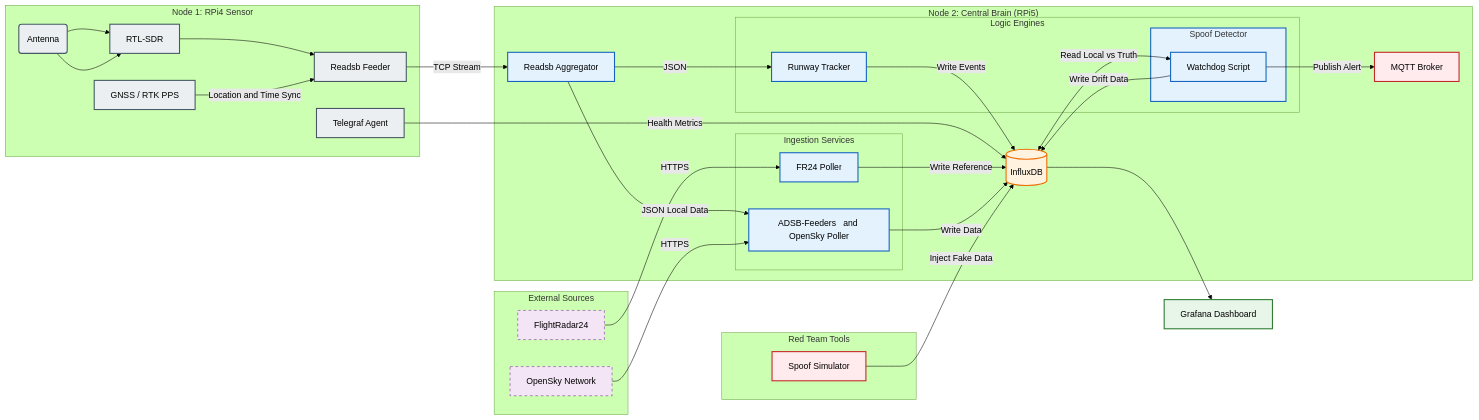
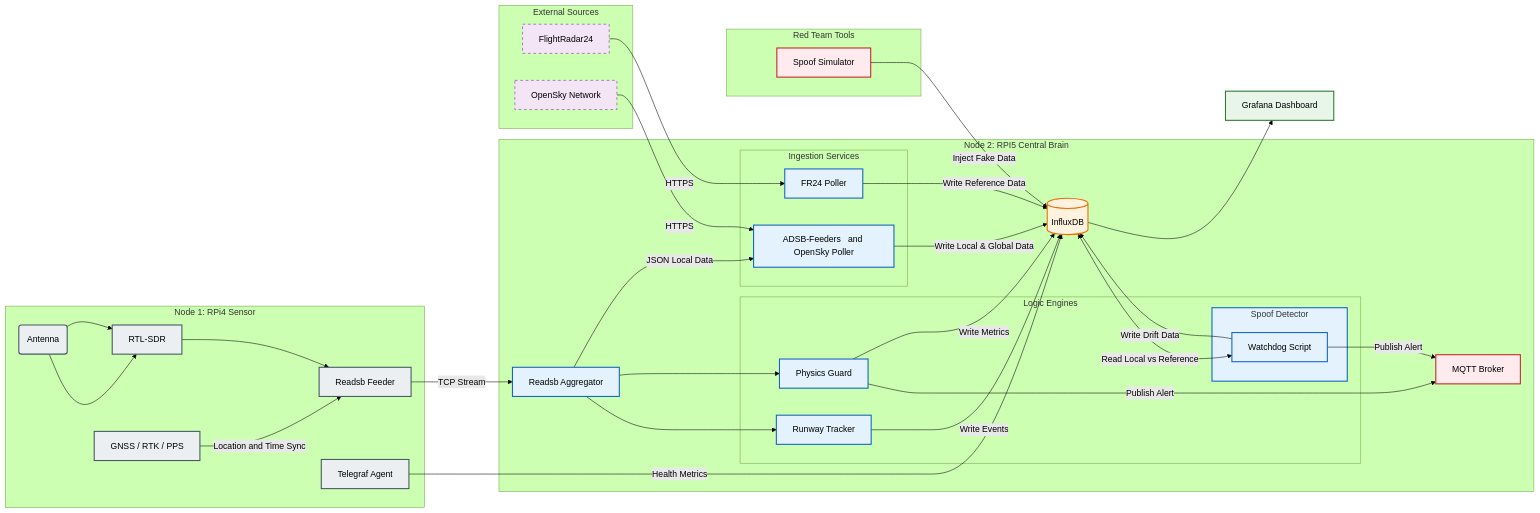
One commit to rwiren/central-brain changed the second of 2 diagrams in README.md. Above: the diagram before and after it, drawn with Mermaid (forest theme). The commit also changed other lines of this file, not shown here.

Commit message:
Update complex diagram and enhance README content
Updated diagram links and improved clarity in the README.

```diff
--- a/README.md
+++ b/README.md
@@ -124,19 +124,14 @@
 
     %% 1. SENSING LAYER (Remote Node)
     subgraph NODE1 ["Node 1: RPi4 Sensor"]
-        %% RF PATH
         ANT(Antenna) --> SDR[RTL-SDR]
         SDR --> FEEDER[Readsb Feeder]
-        
-        %% TIMING/LOCATION PATH
-        GPS[GNSS / RTK PPS] -->|Location and Time Sync| FEEDER
-        
-        %% MONITORING
+        GPS[GNSS / RTK / PPS] -->|Location and Time Sync| FEEDER
         TELE[Telegraf Agent]
     end
 
     %% 2. INTELLIGENCE LAYER (Central Brain)
-    subgraph NODE2 ["Node 2: Central Brain (RPi5)"]
+    subgraph NODE2 ["Node 2: RPI5 Central Brain"]
         AGG[Readsb Aggregator]
         
         %% Data Ingestion Services
@@ -151,6 +146,7 @@
         %% Logic Engines
         subgraph LOGIC [Logic Engines]
             RUNWAY[Runway Tracker]
+            PHYS[Physics Guard]
             
             subgraph SPOOF_CONT [Spoof Detector]
                 WD[Watchdog Script]
@@ -175,27 +171,33 @@
 
     %% CONNECTIONS ==============================
 
-    %% Hardware Flow (Left to Right)
+    %% Hardware Flow
     ANT:::hardware --> SDR:::hardware
     FEEDER:::hardware -->|TCP Stream| AGG:::logic
     TELE:::hardware -->|Health Metrics| DB:::database
 
-    %% Aggregator Splits
-    AGG -->|JSON| RUNWAY:::logic
+    %% Aggregator Splits (JSON Feed)
+    AGG --> RUNWAY:::logic
+    AGG --> PHYS:::logic
     AGG -->|JSON Local Data| ADSB_W:::logic
 
     %% Ingestion Flow
     API_FR24:::external -->|HTTPS| FR24:::logic
     API_OS:::external -->|HTTPS| ADSB_W
     
-    FR24 -->|Write Reference| DB
-    ADSB_W -->|Write Data| DB
+    FR24 -->|Write Reference Data| DB
+    ADSB_W -->|Write Local & Global Data| DB
     RUNWAY -->|Write Events| DB
 
     %% Logic Flow
-    DB <-->|Read Local vs Truth| WD:::logic
+    DB <-->|Read Local vs Reference| WD:::logic
     WD -->|Write Drift Data| DB
     WD -->|Publish Alert| MQTT:::alert
+    
+    %% Physics Guard Actions
+    PHYS -->|Publish Alert| MQTT
+    %% ADDED CONNECTION TO DB
+    PHYS -->|Write Metrics| DB
 
     %% Red Team Injection
     SIM:::alert -->|Inject Fake Data| DB
@@ -205,7 +207,7 @@
 
     %% Apply Styles
     class ANT,SDR,FEEDER,TELE,GPS hardware;
-    class AGG,ADSB_W,FR24,RUNWAY,WD,SPOOF_CONT logic;
+    class AGG,ADSB_W,FR24,RUNWAY,WD,SPOOF_CONT,PHYS logic;
     class DB database;
     class MQTT,SIM alert;
     class GRAF dashboard;
```
